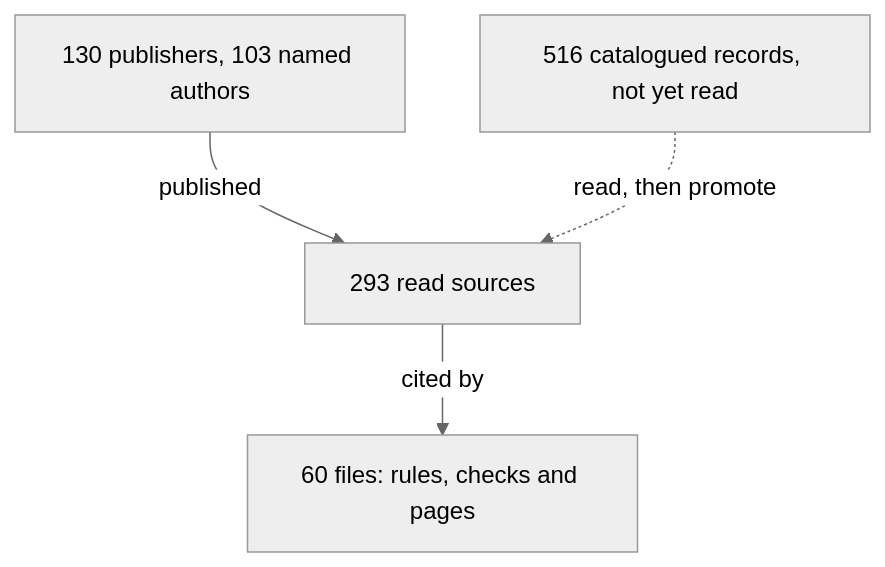
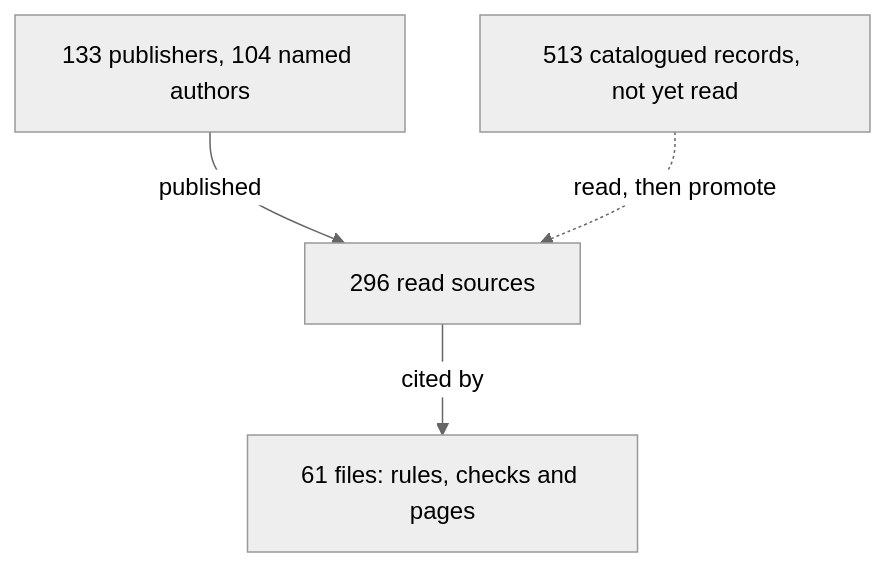
Before and after one commit to Valpatel/cad-agent: the diagram in docs/practice/experts.md, drawn with Mermaid (neutral theme). The commit also changed other lines of this file and 7 other files, not shown here.

````diff
--- a/docs/practice/experts.md
+++ b/docs/practice/experts.md
@@ -6,7 +6,7 @@
 ```mermaid
 flowchart TD
-  P["130 publishers, 103 named authors"] -->|published| S["293 read sources"]
-  S -->|cited by| U["60 files: rules, checks and pages"]
-  C["516 catalogued records, not yet read"] -.->|read, then promote| S
+  P["133 publishers, 104 named authors"] -->|published| S["296 read sources"]
+  S -->|cited by| U["61 files: rules, checks and pages"]
+  C["513 catalogued records, not yet read"] -.->|read, then promote| S
   class S here
 ```
````
